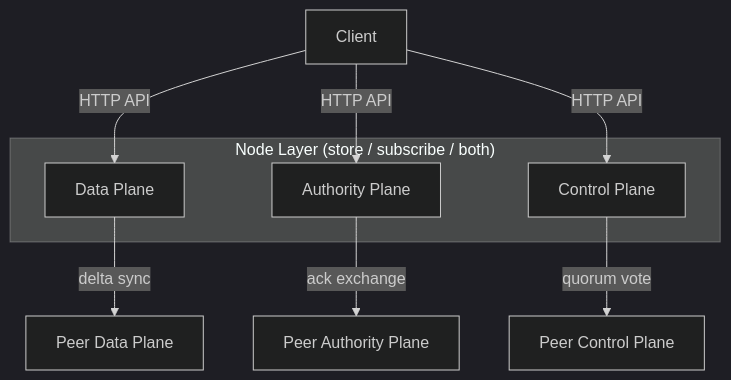
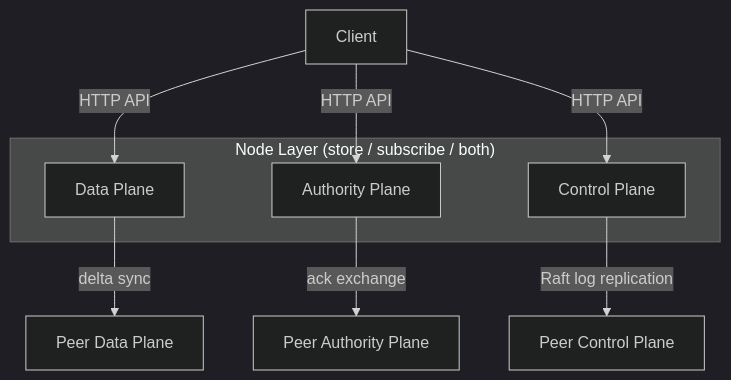
The first of 6 diagrams in docs/architecture.md (asteroidb/asteroidb), drawn with Mermaid (dark theme) before and after one commit. The commit also changed other lines of this file and 27 other files, not shown here.

First line of the commit message:
feat(control_plane): replace approval-count quorum with built-in Raft consensus

````diff
--- a/docs/architecture.md
+++ b/docs/architecture.md
@@ -10,17 +10,17 @@
 ```mermaid
 graph TB
     Client[Client]
     Client -->|HTTP API| DP[Data Plane]
     Client -->|HTTP API| AP[Authority Plane]
     Client -->|HTTP API| CP[Control Plane]
 
     subgraph Node["Node Layer (store / subscribe / both)"]
         DP
         AP
         CP
     end
 
     DP -->|delta sync| DP2[Peer Data Plane]
     AP -->|ack exchange| AP2[Peer Authority Plane]
-    CP -->|quorum vote| CP2[Peer Control Plane]
+    CP -->|Raft log replication| CP2[Peer Control Plane]
 ```
````
